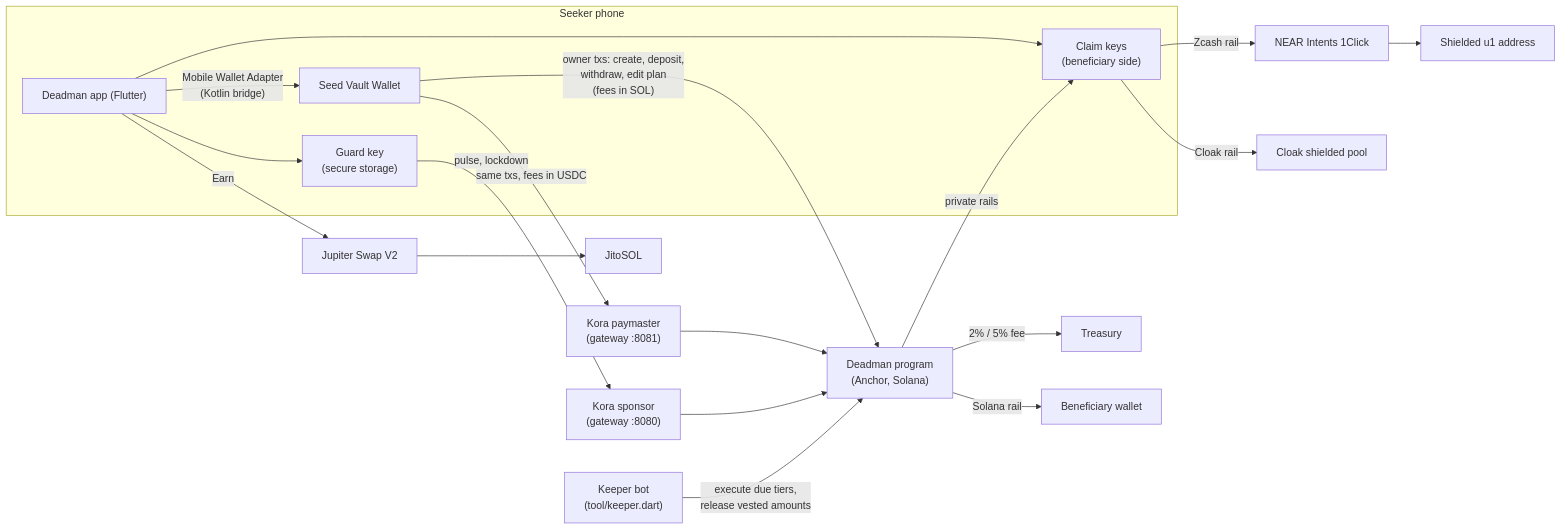
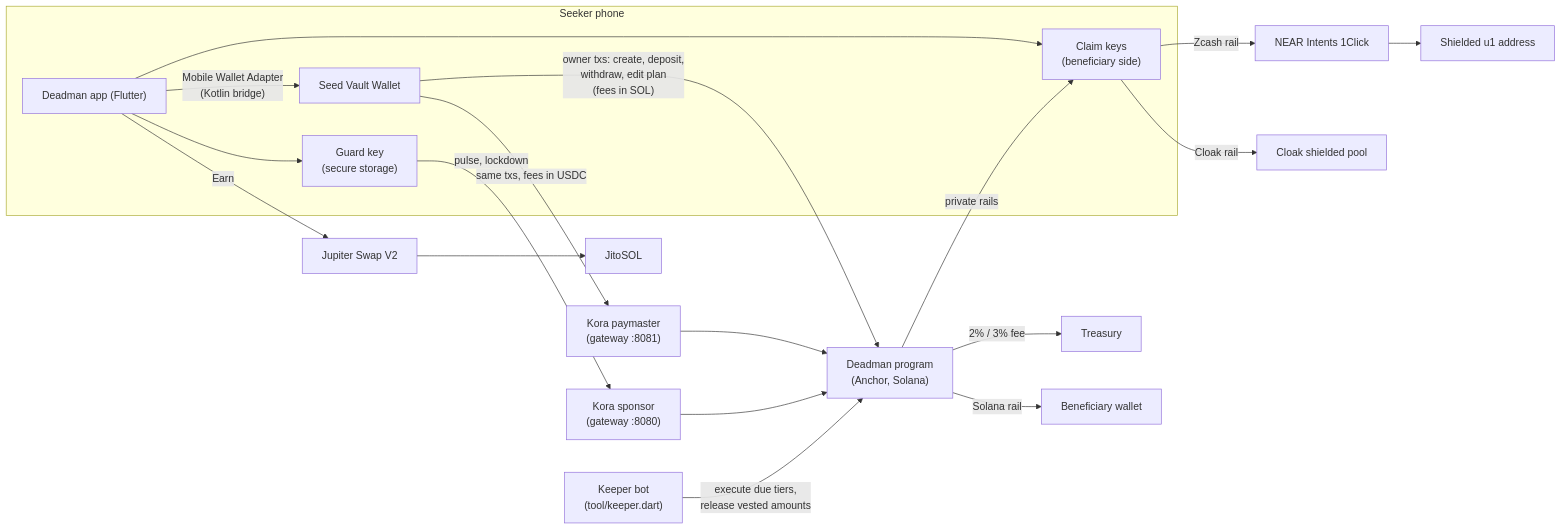
The first of 3 diagrams in docs/HOW_IT_WORKS.md (GabrielNeugebauer/deadman), drawn with Mermaid before and after one commit. The commit also changed other lines of this file and 436 other files, not shown here.

````diff
--- a/docs/HOW_IT_WORKS.md
+++ b/docs/HOW_IT_WORKS.md
@@ -11,23 +11,23 @@
 ```mermaid
 flowchart LR
   subgraph Phone["Seeker phone"]
     App["Deadman app (Flutter)"]
     Guard["Guard key\n(secure storage)"]
     Claim["Claim keys\n(beneficiary side)"]
     SVW["Seed Vault Wallet"]
   end
   App -- "Mobile Wallet Adapter\n(Kotlin bridge)" --> SVW
   App --> Guard
   App --> Claim
   Program["Deadman program\n(Anchor, Solana)"]
   SVW -- "owner txs: create, deposit,\nwithdraw, edit plan\n(fees in SOL)" --> Program
   SVW -- "same txs, fees in USDC" --> Paymaster["Kora paymaster\n(gateway :8081)"] --> Program
   Guard -- "pulse, lockdown" --> Sponsor["Kora sponsor\n(gateway :8080)"] --> Program
   Keeper["Keeper bot\n(tool/keeper.dart)"] -- "execute due tiers,\nrelease vested amounts" --> Program
-  Program -- "2% / 5% fee" --> Treasury["Treasury"]
+  Program -- "2% / 3% fee" --> Treasury["Treasury"]
   Program -- "Solana rail" --> Heir["Beneficiary wallet"]
   Program -- "private rails" --> Claim
   Claim -- "Zcash rail" --> NEAR["NEAR Intents 1Click"] --> ZEC["Shielded u1 address"]
   Claim -- "Cloak rail" --> Cloak["Cloak shielded pool"]
   App -- "Earn" --> Jup["Jupiter Swap V2"] --> Jito["JitoSOL"]
 ```
````
